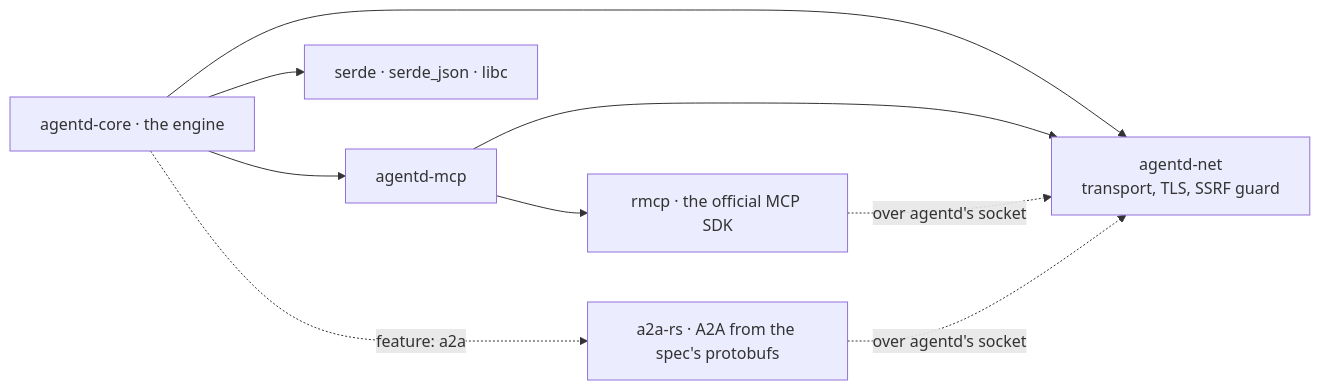
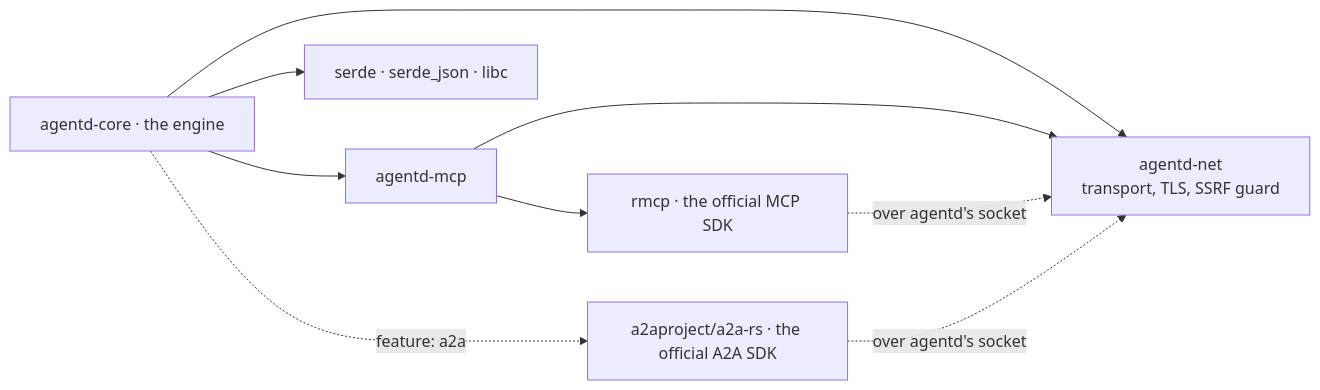
One commit to agentd-dev/source-code changed the first of 2 diagrams in docs/why-rust.md. Above: the diagram before and after it, drawn with Mermaid. The commit also changed other lines of this file and 72 other files, not shown here.

````diff
--- a/docs/why-rust.md
+++ b/docs/why-rust.md
@@ -133,11 +135,11 @@
 ```mermaid
 flowchart LR
   CORE["agentd-core · the engine"] --> NET["agentd-net<br/>transport, TLS, SSRF guard"]
   CORE --> MCP["agentd-mcp"]
   MCP --> RMCP["rmcp · the official MCP SDK"]
   MCP --> NET
-  CORE -. "feature: a2a" .-> A2A["a2a-rs · A2A from the spec's protobufs"]
+  CORE -. "feature: a2a" .-> A2A["a2aproject/a2a-rs · the official A2A SDK"]
   RMCP -. "over agentd's socket" .-> NET
   A2A -. "over agentd's socket" .-> NET
   CORE --> SERDE["serde · serde_json · libc"]
 ```
````
